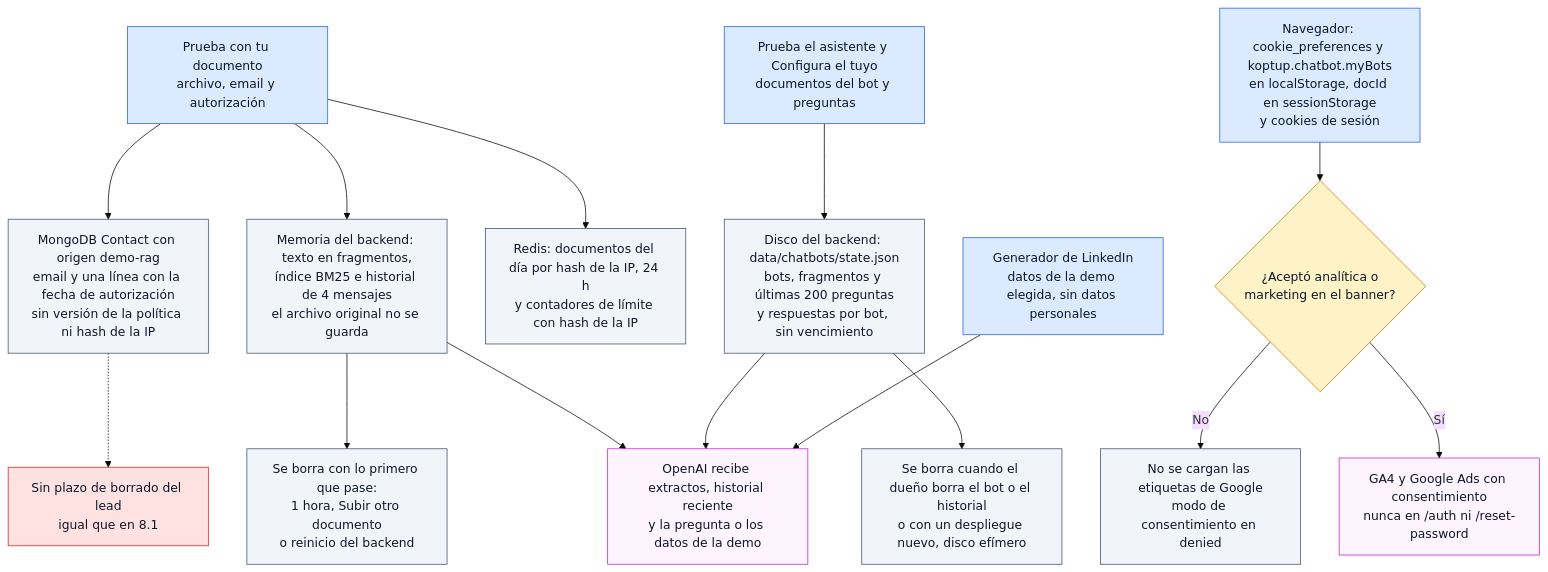
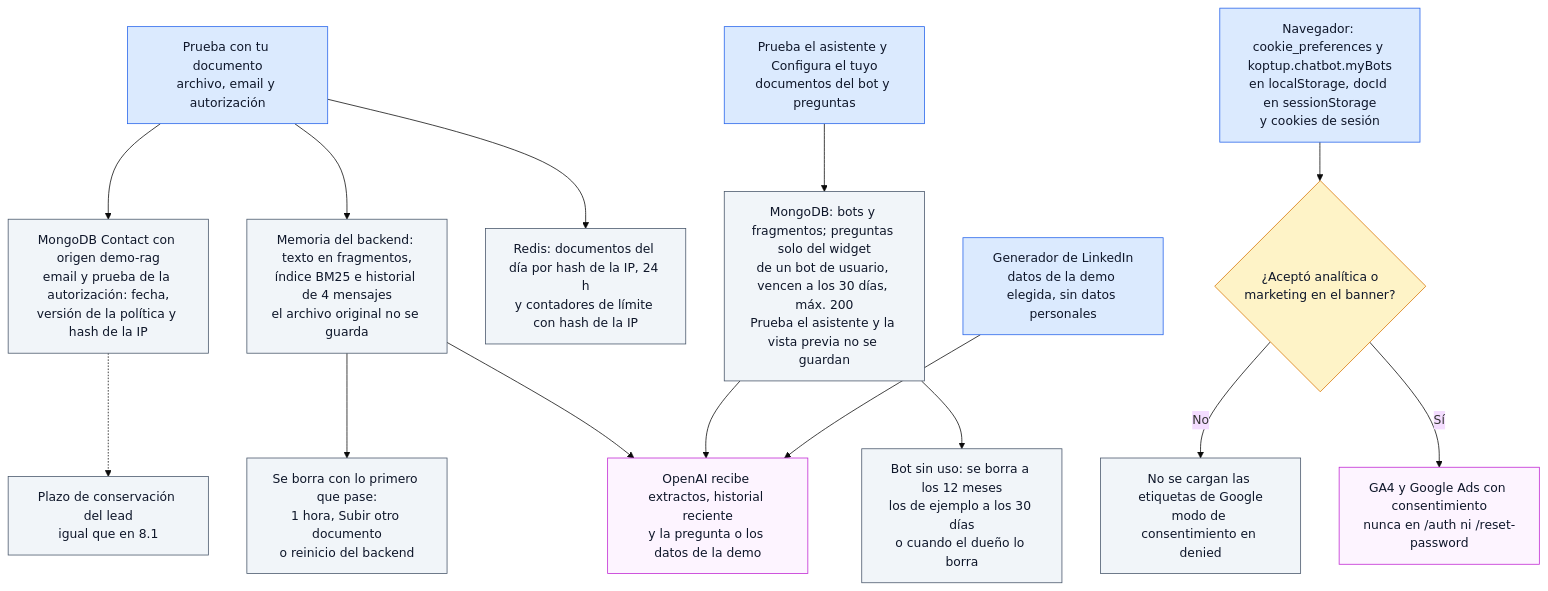
Before and after one commit to ronalc90/koptup: diagram 23 of 24 in docs/wiki/Doc-14-3-Flujos-Tecnicos.md, drawn with Mermaid (base theme). The commit also changed other lines of this file and 90 other files, not shown here.

````diff
--- a/docs/wiki/Doc-14-3-Flujos-Tecnicos.md
+++ b/docs/wiki/Doc-14-3-Flujos-Tecnicos.md
@@ -1415,37 +1427,37 @@
 ```mermaid
 flowchart TD
     classDef visitante fill:#dbeafe,stroke:#2563eb,color:#0f172a
     classDef sistema fill:#f1f5f9,stroke:#475569,color:#0f172a
     classDef admin fill:#f3e8ff,stroke:#9333ea,color:#0f172a
     classDef aviso fill:#dcfce7,stroke:#16a34a,color:#0f172a
     classDef decision fill:#fef3c7,stroke:#d97706,color:#0f172a
     classDef error fill:#fee2e2,stroke:#dc2626,color:#0f172a
     classDef externo fill:#fdf4ff,stroke:#c026d3,color:#0f172a
 
     U["Prueba con tu documento<br/>archivo, email y autorización"]:::visitante
     MEM["Memoria del backend: texto en fragmentos,<br/>índice BM25 e historial de 4 mensajes<br/>el archivo original no se guarda"]:::sistema
     B1["Se borra con lo primero que pase:<br/>1 hora, Subir otro documento<br/>o reinicio del backend"]:::sistema
-    LD["MongoDB Contact con origen demo-rag<br/>email y una línea con la fecha de autorización<br/>sin versión de la política ni hash de la IP"]:::sistema
+    LD["MongoDB Contact con origen demo-rag<br/>email y prueba de la autorización: fecha,<br/>versión de la política y hash de la IP"]:::sistema
     RC["Redis: documentos del día por hash de la IP, 24 h<br/>y contadores de límite con hash de la IP"]:::sistema
-    RET["Sin plazo de borrado del lead<br/>igual que en 8.1"]:::error
+    RET["Plazo de conservación del lead<br/>igual que en 8.1"]:::sistema
     CB["Prueba el asistente y Configura el tuyo<br/>documentos del bot y preguntas"]:::visitante
-    ST["Disco del backend: data/chatbots/state.json<br/>bots, fragmentos y últimas 200 preguntas<br/>y respuestas por bot, sin vencimiento"]:::sistema
-    B2["Se borra cuando el dueño borra el bot o el historial<br/>o con un despliegue nuevo, disco efímero"]:::sistema
+    ST["MongoDB: bots y fragmentos; preguntas solo del widget<br/>de un bot de usuario, vencen a los 30 días, máx. 200<br/>Prueba el asistente y la vista previa no se guardan"]:::sistema
+    B2["Bot sin uso: se borra a los 12 meses<br/>los de ejemplo a los 30 días<br/>o cuando el dueño lo borra"]:::sistema
     LI["Generador de LinkedIn<br/>datos de la demo elegida, sin datos personales"]:::visitante
     OA["OpenAI recibe extractos, historial reciente<br/>y la pregunta o los datos de la demo"]:::externo
     BR["Navegador: cookie_preferences y koptup.chatbot.myBots<br/>en localStorage, docId en sessionStorage<br/>y cookies de sesión"]:::visitante
     CK{"¿Aceptó analítica o<br/>marketing en el banner?"}:::decision
     GA["GA4 y Google Ads con consentimiento<br/>nunca en /auth ni /reset-password"]:::externo
     NG["No se cargan las etiquetas de Google<br/>modo de consentimiento en denied"]:::sistema
 
     U --> MEM --> B1
     U --> LD -.-> RET
     U --> RC
     MEM --> OA
     CB --> ST --> B2
     ST --> OA
     LI --> OA
     BR --> CK
     CK -->|Sí| GA
     CK -->|No| NG
 ```
````
